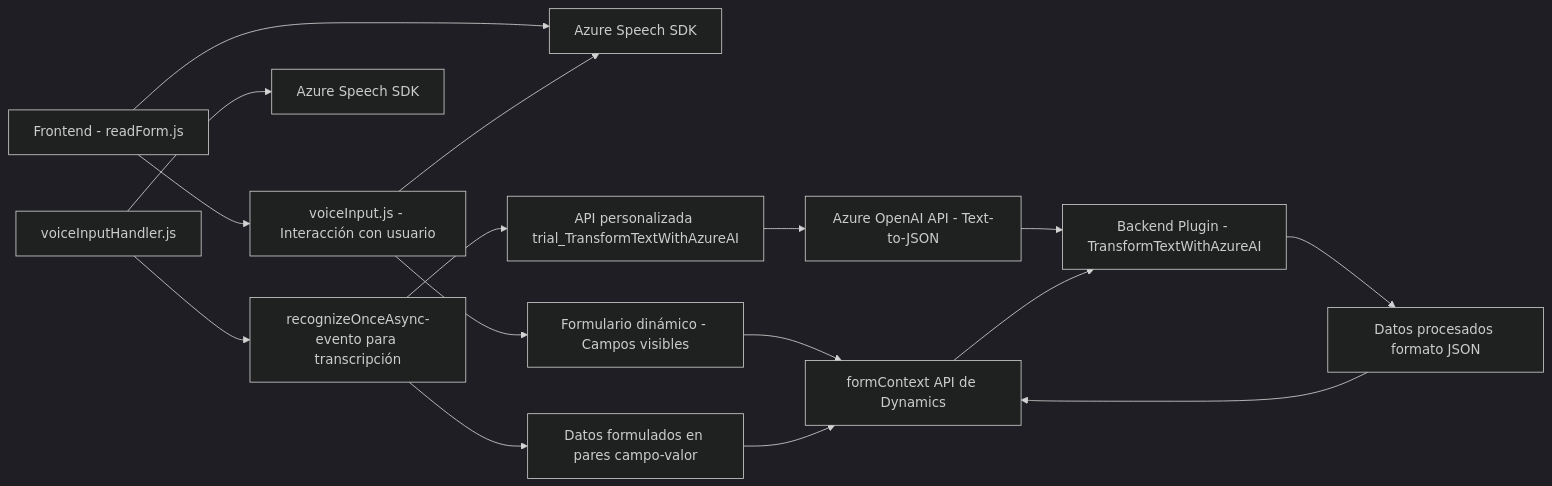
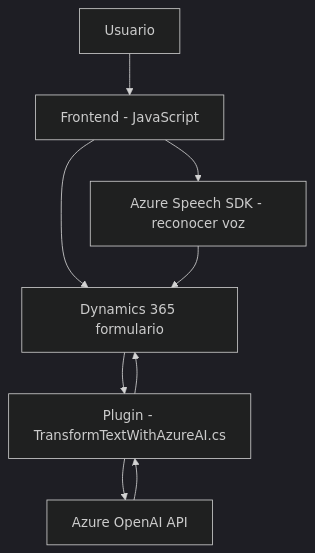
The diagram in README.md (blopezdm/NETCORE_BILBAO2025), drawn with Mermaid (dark theme) before and after one commit. The commit also changed other lines of this file, not shown here.

Commit message:
Actualizar análisis global de la solución con IA

````diff
--- a/README.md
+++ b/README.md
@@ -39,19 +36,11 @@
 ```mermaid
-graph LR
-    A["Frontend - readForm.js"] --> B["Azure Speech SDK"]
-    A --> C["voiceInput.js - Interacción con usuario"]
-    C --> D["Formulario dinámico - Campos visibles"]
-    C --> B
-    D --> E["formContext API de Dynamics"]
-    F["voiceInputHandler.js"] --> G[Azure Speech SDK]
-    F --> H["recognizeOnceAsync-evento para transcripción"]
-    H --> I["Datos formulados en pares campo-valor"]
-    I --> E
-    H --> J["API personalizada trial_TransformTextWithAzureAI"]
-    J --> K["Azure OpenAI API - Text-to-JSON"]
-    L["Backend Plugin - TransformTextWithAzureAI"]
-    K --> L
-    E --> L
-    L --> M["Datos procesados formato JSON"]
-    M --> E
+graph TD
+    A["Usuario"] --> B["Frontend - JavaScript"]
+    B --> C["Azure Speech SDK - reconocer voz"]
+    B --> D["Dynamics 365 formulario"]
+    C --> D
+    D --> E["Plugin - TransformTextWithAzureAI.cs"]
+    E --> F["Azure OpenAI API"]
+    F --> E
+    E --> D
 ```
````
